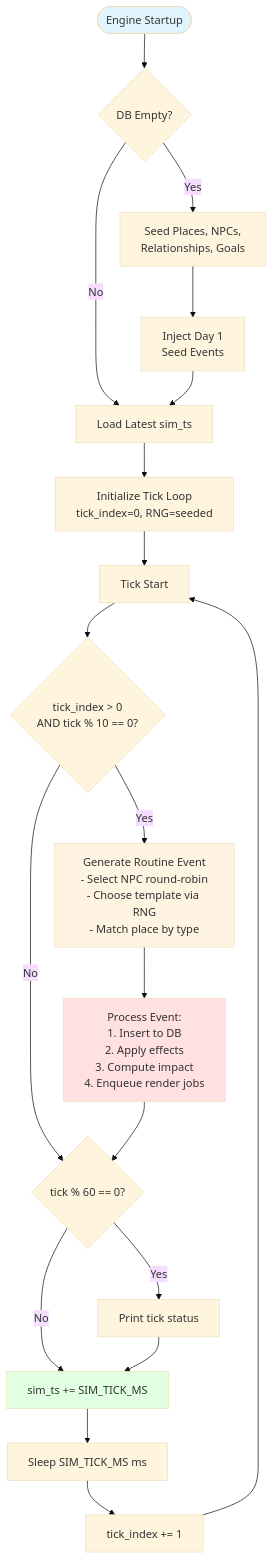
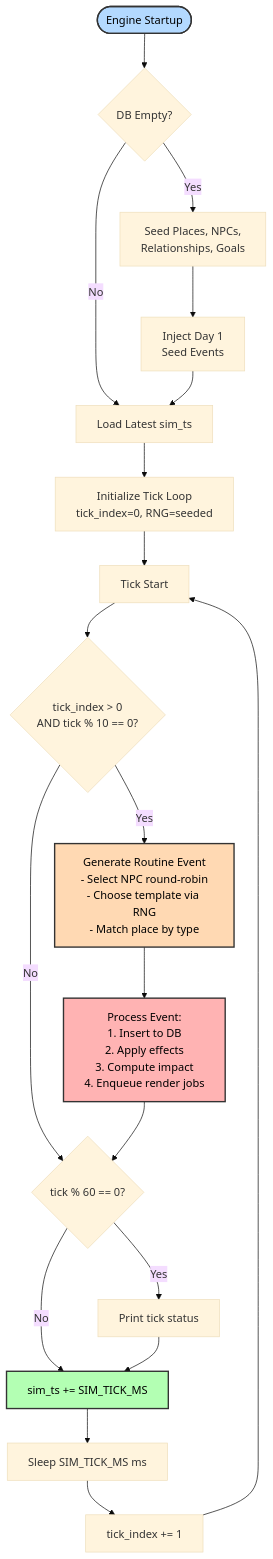
The third of 5 diagrams in koivulahti/docs/architecture.md (saltsami/suomivillage), drawn with Mermaid (base theme) before and after one commit. The commit also changed other lines of this file, not shown here.

First line of the commit message:
Improve diagram color contrast for better text visibility

````diff
--- a/koivulahti/docs/architecture.md
+++ b/koivulahti/docs/architecture.md
@@ -112,34 +112,34 @@
 ```mermaid
 flowchart TD
     START([Engine Startup]) --> SEED{DB Empty?}
     SEED -->|Yes| SEED_DATA[Seed Places, NPCs,<br/>Relationships, Goals]
     SEED -->|No| LOAD_LATEST
     SEED_DATA --> INJECT_D1[Inject Day 1<br/>Seed Events]
     INJECT_D1 --> LOAD_LATEST[Load Latest sim_ts]
 
     LOAD_LATEST --> INIT_LOOP[Initialize Tick Loop<br/>tick_index=0, RNG=seeded]
 
     INIT_LOOP --> TICK_START[Tick Start]
 
     TICK_START --> CHECK_ROUTINE{tick_index > 0<br/>AND tick % 10 == 0?}
 
     CHECK_ROUTINE -->|Yes| GEN_ROUTINE[Generate Routine Event<br/>- Select NPC round-robin<br/>- Choose template via RNG<br/>- Match place by type]
     CHECK_ROUTINE -->|No| LOG_TICK
 
     GEN_ROUTINE --> PROCESS[Process Event:<br/>1. Insert to DB<br/>2. Apply effects<br/>3. Compute impact<br/>4. Enqueue render jobs]
 
     PROCESS --> LOG_TICK{tick % 60 == 0?}
 
     LOG_TICK -->|Yes| PRINT[Print tick status]
     LOG_TICK -->|No| ADVANCE
     PRINT --> ADVANCE[sim_ts += SIM_TICK_MS]
 
     ADVANCE --> SLEEP[Sleep SIM_TICK_MS ms]
     SLEEP --> INC[tick_index += 1]
     INC --> TICK_START
 
-    style START fill:#e1f5ff
-    style GEN_ROUTINE fill:#fff4e1
-    style PROCESS fill:#ffe1e1
-    style ADVANCE fill:#e1ffe1
+    style START fill:#b3d9ff,stroke:#333,stroke-width:2px,color:#000
+    style GEN_ROUTINE fill:#ffd9b3,stroke:#333,stroke-width:2px,color:#000
+    style PROCESS fill:#ffb3b3,stroke:#333,stroke-width:2px,color:#000
+    style ADVANCE fill:#b3ffb3,stroke:#333,stroke-width:2px,color:#000
 ```
````
